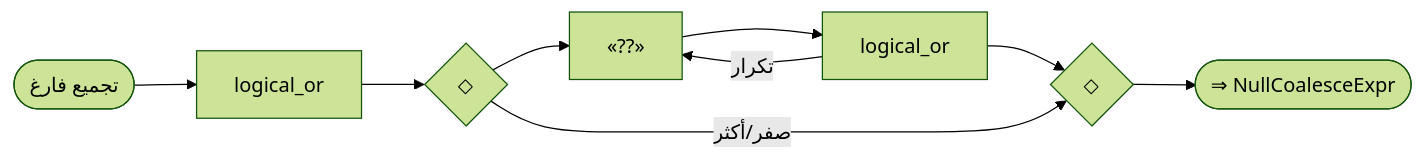
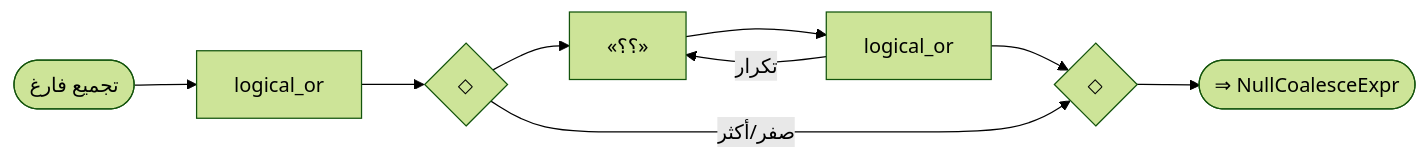
Before and after one commit to sadlang/sadlang: diagram 11 of 51 in docs/parser_rule/_generated/40_expressions.md, drawn with Mermaid (forest theme). The commit also changed other lines of this file and 283 other files, not shown here.

````diff
--- a/docs/parser_rule/_generated/40_expressions.md
+++ b/docs/parser_rule/_generated/40_expressions.md
@@ -357,18 +357,18 @@
 ```mermaid
 flowchart LR
   n1(["تجميع فارغ"])
   n2["logical_or"]
   n3{"◇"}
   n4{"◇"}
-  n5["«??»"]
+  n5["«؟؟»"]
   n6["logical_or"]
   n5 --> n6
   n3 --> n5
   n6 --> n4
   n6 -- "تكرار" --> n5
   n3 -- "صفر/أكثر" --> n4
   n2 --> n3
   n1 --> n2
   n7(["⇒ NullCoalesceExpr"])
   n4 --> n7
 ```
````
